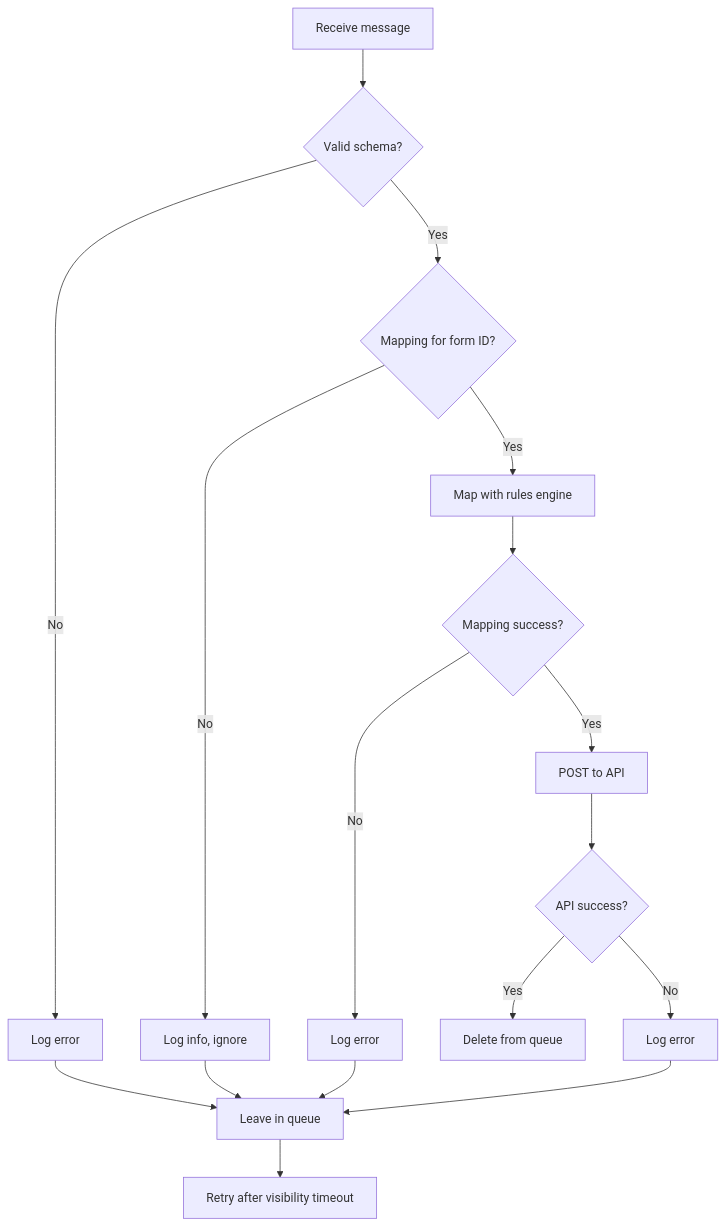
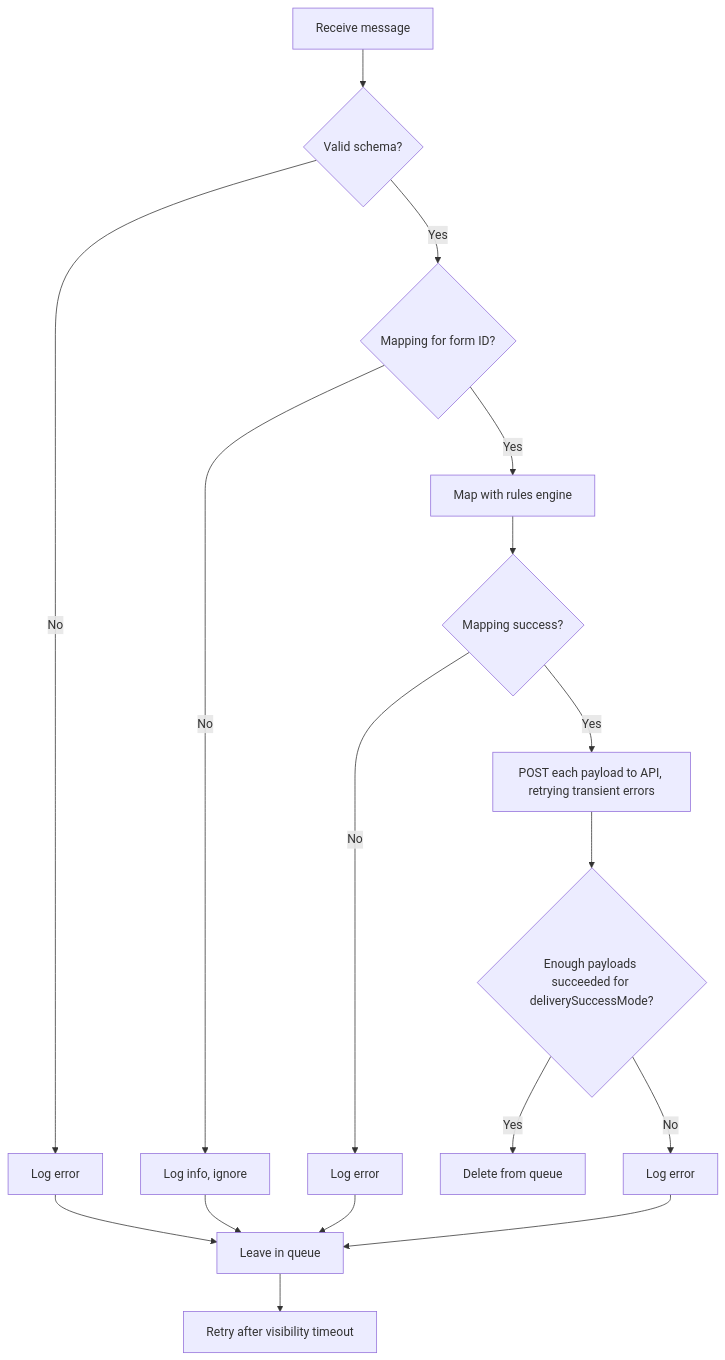
Before and after one commit to DEFRA/forms-newls-cwt-listener: the fourth of 4 diagrams in docs/02-architecture.md, drawn with Mermaid. The commit also changed other lines of this file and 43 other files, not shown here.

````diff
--- a/docs/02-architecture.md
+++ b/docs/02-architecture.md
@@ -136,19 +182,19 @@
 ```mermaid
 graph TD
     A[Receive message] --> B{Valid schema?}
     B -->|No| C[Log error]
     C --> D[Leave in queue]
     B -->|Yes| E{Mapping for form ID?}
     E -->|No| F[Log info, ignore]
     F --> D
     E -->|Yes| G[Map with rules engine]
     G --> H{Mapping success?}
     H -->|No| I[Log error]
     I --> D
-    H -->|Yes| J[POST to API]
-    J --> K{API success?}
+    H -->|Yes| J[POST each payload to API, retrying transient errors]
+    J --> K{Enough payloads succeeded for deliverySuccessMode?}
     K -->|Yes| L[Delete from queue]
     K -->|No| M[Log error]
     M --> D
     D --> N[Retry after visibility timeout]
 ```
````
